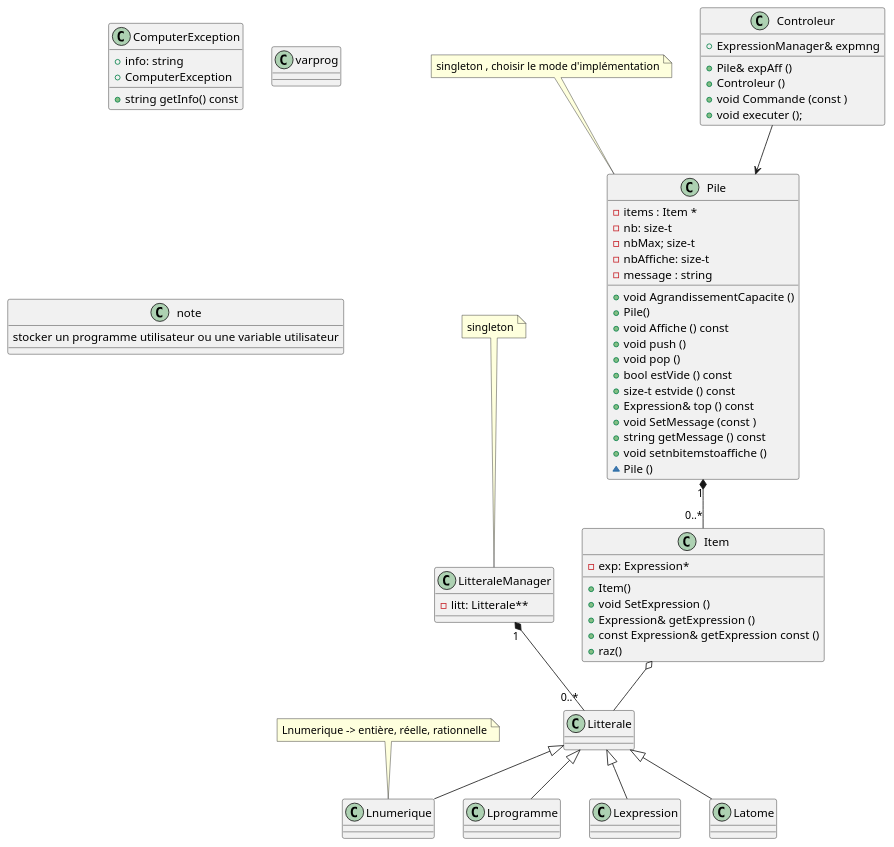
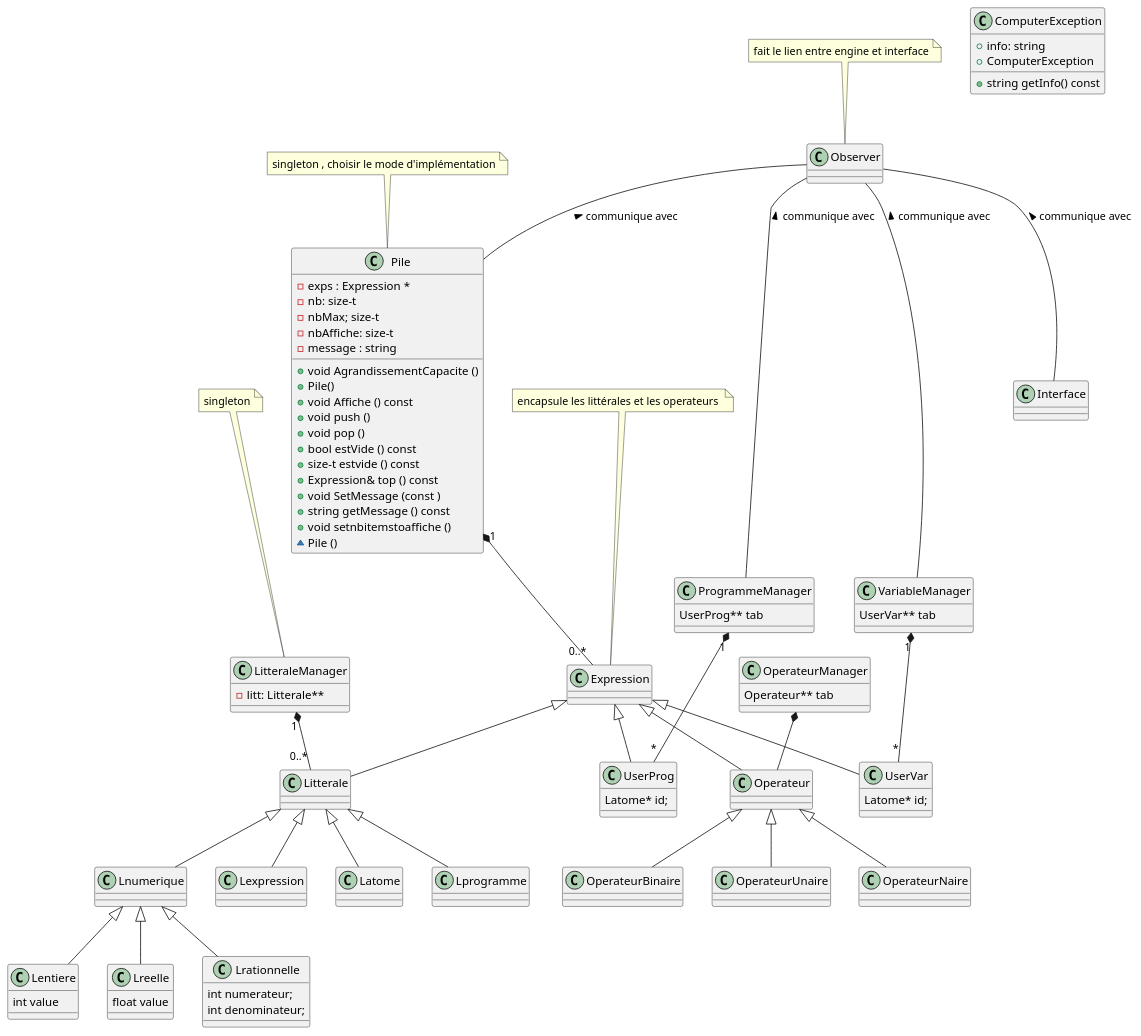
Before and after one commit to StephaneBranly/LO21-RPN-Calculator: the diagram in etudes_de_projet/UML.PLANTUML, drawn with PlantUML.

```diff
--- a/etudes_de_projet/UML.PLANTUML
+++ b/etudes_de_projet/UML.PLANTUML
@@ -1,86 +1,146 @@
 @startuml
 class Pile {
-  -items : Item *
+  -exps : Expression *
   -nb: size-t
   -nbMax; size-t
   -nbAffiche: size-t
   -message : string 
   +void AgrandissementCapacite ()
   +Pile() 
   +void Affiche () const
   +void push ()
   +void pop ()
   +bool estVide () const
   +size-t estvide () const
   +Expression& top () const 
   +void SetMessage (const )
   +string getMessage () const 
   +void setnbitemstoaffiche ()
   ~Pile ()
 }
 note top 
 singleton , choisir le mode d'implémentation
 end note
 
-class Controleur {
-  +ExpressionManager& expmng
-  +Pile& expAff ()
-  +Controleur ()
-  +void Commande (const )
-  +void executer ();
+
+
+class Interface {
 }
+
+class Observer {
+  
+}
+note top 
+fait le lien entre engine et interface
+end note
+Observer -- Pile : < communique avec
+Observer -- VariableManager : < communique avec
+Observer -- ProgrammeManager : < communique avec
+Observer -- Interface : < communique avec
 
 
 
-Controleur-->Pile
 
-class Item{
-  -exp: Expression*
-  +Item()
-  +void SetExpression ()
-  +Expression& getExpression () 
-  +const Expression& getExpression const ()
-  +raz()
+
+
+class Expression{
 }
+note top 
+encapsule les littérales et les operateurs 
+end note 
+Expression <|-- Litterale
+Expression <|-- Operateur
+Expression <|-- UserVar
+Expression <|-- UserProg
 
-Item o-- Litterale
+
+
+
+
+class OperateurManager {
+Operateur** tab 
+}
+class Operateur {
+}
+class OperateurBinaire {
+}
+class OperateurUnaire {
+}
+class OperateurNaire {
+}
+Operateur <|-- OperateurBinaire 
+Operateur <|-- OperateurUnaire 
+Operateur <|-- OperateurNaire
+OperateurManager *-- Operateur
+
+
 
 class ComputerException {
   +info: string
   +ComputerException
   +string getInfo() const
 }
+
+
 
 class LitteraleManager{
 -litt: Litterale**
 }
 note top 
 singleton
 end note
 
 class Litterale{
 }
 
 class Lprogramme{}
 class Lnumerique{}
-note top 
-Lnumerique -> entière, réelle, rationnelle
-end note
 
+class Lentiere {
+int value
+}
+
+class Lreelle{
+float value
+}
+class Lrationnelle{
+int numerateur; 
+int denominateur; 
+}
 class Lexpression{}
 class Latome {}
-
-class varprog {}
-note : stocker un programme utilisateur ou une variable utilisateur 
-
-LitteraleManager "1" *-- "0..*" Litterale
-Pile "1" *-- "0..*" Item
-Litterale <|--  Lprogramme
-Litterale <|--  Lnumerique
-Litterale <|--  Lexpression
-Litterale <|-- Latome 
 
 
 
 
+
+class UserVar{
+Latome* id; 
+}
+class UserProg{
+Latome* id; 
+}
+class VariableManager { 
+UserVar** tab
+}
+class ProgrammeManager { 
+UserProg** tab
+} 
+VariableManager "1" *-- "*"UserVar
+ProgrammeManager "1" *-- "*"UserProg
+
+
+
+
+
+
+LitteraleManager "1" *-- "0..*" Litterale
+Pile "1" *-- "0..*" Expression
+Litterale <|--  Lprogramme
+Litterale <|--  Lnumerique
+Litterale <|--  Lexpression
+Litterale <|-- Latome
+Lnumerique <|--  Lentiere
+Lnumerique <|--  Lreelle
+Lnumerique <|--  Lrationnelle
 @enduml
```
